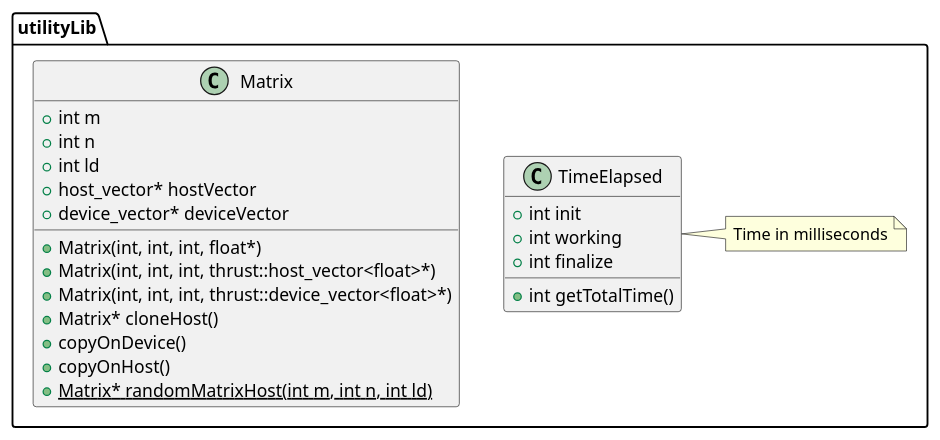
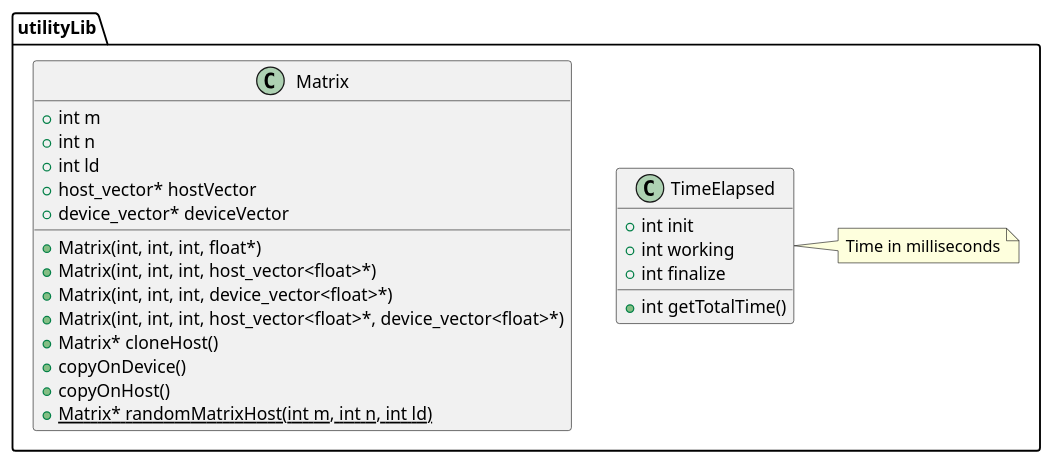
Before and after one commit to newfla/CUDA-K-SVD-Denoising: the diagram in uml/src/baseUtilityLib.puml, drawn with PlantUML. The commit also changed 14 other files, not shown here.

```diff
--- a/uml/src/baseUtilityLib.puml
+++ b/uml/src/baseUtilityLib.puml
@@ -1,32 +1,33 @@
 @startuml BaseUtilityDiagram
 
 package utilityLib{
 
     class Matrix{
         + int m
         + int n
         + int ld
         + host_vector* hostVector
         + device_vector* deviceVector
         
         + Matrix(int, int, int, float*)
-        + Matrix(int, int, int, thrust::host_vector<float>*)
-        + Matrix(int, int, int, thrust::device_vector<float>*)
+        + Matrix(int, int, int, host_vector<float>*)
+        + Matrix(int, int, int, device_vector<float>*)
+        + Matrix(int, int, int, host_vector<float>*, device_vector<float>*)
         + Matrix* cloneHost()
         + copyOnDevice()
         + copyOnHost()
         {static} + Matrix* randomMatrixHost(int m, int n, int ld)
     }
 
     class TimeElapsed{
         + int init
         + int working
         + int finalize
         + int getTotalTime()
     }
 
     note right: Time in milliseconds
 
     
 
 @enduml
```
